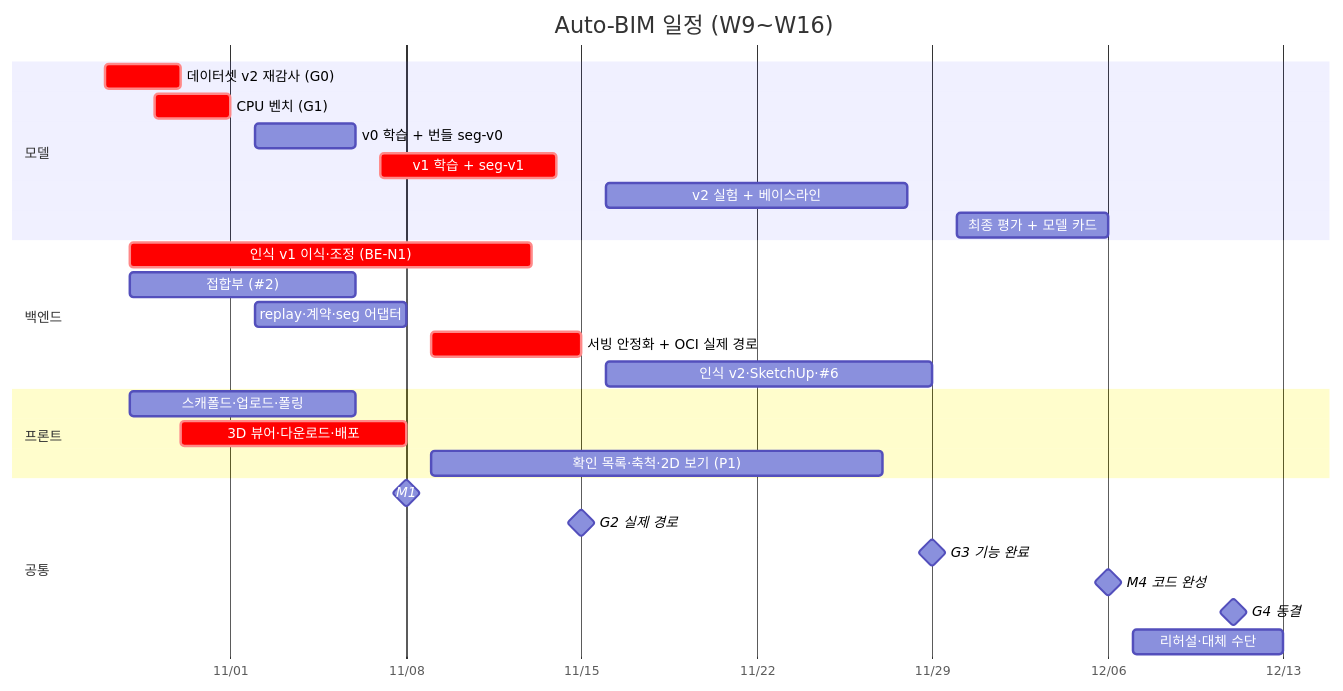
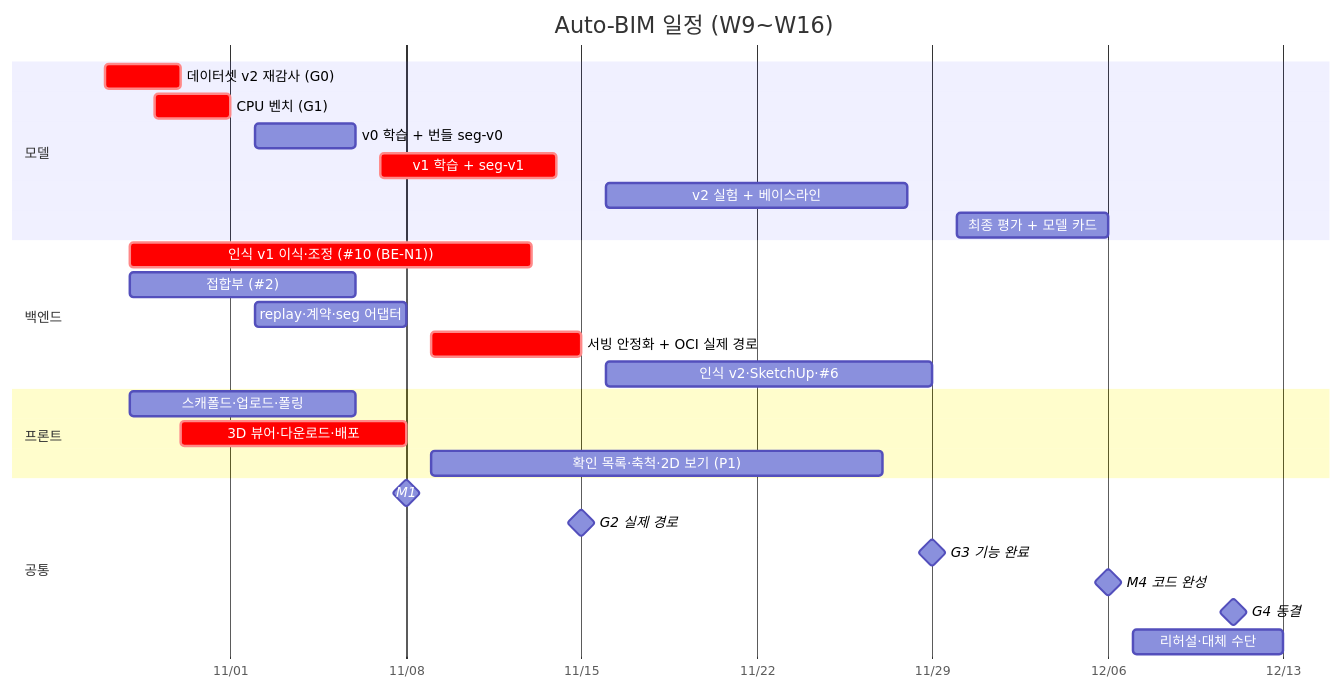
Before and after one commit to Auto-BIM/autobim-be: the second of 3 diagrams in docs/project/ROADMAP.md, drawn with Mermaid. The commit also changed other lines of this file and 13 other files, not shown here.

````diff
--- a/docs/project/ROADMAP.md
+++ b/docs/project/ROADMAP.md
@@ -104,30 +104,30 @@
 ```mermaid
 gantt
   dateFormat YYYY-MM-DD
   axisFormat %m/%d
   title Auto-BIM 일정 (W9~W16)
   section 모델
   데이터셋 v2 재감사 (G0)        :crit, m0, 2026-10-27, 2026-10-30
   CPU 벤치 (G1)                   :crit, m1, 2026-10-29, 2026-11-01
   v0 학습 + 번들 seg-v0           :m2, 2026-11-02, 2026-11-06
   v1 학습 + seg-v1                :crit, m3, 2026-11-07, 2026-11-14
   v2 실험 + 베이스라인            :m4, 2026-11-16, 2026-11-28
   최종 평가 + 모델 카드           :m5, 2026-11-30, 2026-12-06
   section 백엔드
-  인식 v1 이식·조정 (BE-N1)       :crit, b1, 2026-10-28, 2026-11-13
+  인식 v1 이식·조정 (#10 (BE-N1))       :crit, b1, 2026-10-28, 2026-11-13
   접합부 (#2)                     :b2, 2026-10-28, 2026-11-06
   replay·계약·seg 어댑터          :b3, 2026-11-02, 2026-11-08
   서빙 안정화 + OCI 실제 경로     :crit, b4, 2026-11-09, 2026-11-15
   인식 v2·SketchUp·#6             :b5, 2026-11-16, 2026-11-29
   section 프론트
   스캐폴드·업로드·폴링            :f1, 2026-10-28, 2026-11-06
   3D 뷰어·다운로드·배포           :crit, f2, 2026-10-30, 2026-11-08
   확인 목록·축척·2D 보기 (P1)     :f3, 2026-11-09, 2026-11-27
   section 공통
   M1                              :milestone, 2026-11-08, 0d
   G2 실제 경로                    :milestone, 2026-11-15, 0d
   G3 기능 완료                    :milestone, 2026-11-29, 0d
   M4 코드 완성                    :milestone, 2026-12-06, 0d
   G4 동결                         :milestone, 2026-12-11, 0d
   리허설·대체 수단                :c1, 2026-12-07, 2026-12-13
 ```
````
